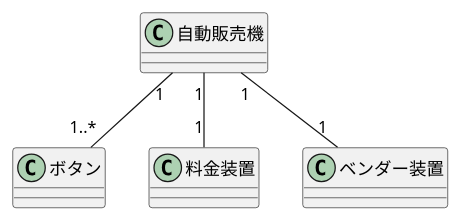
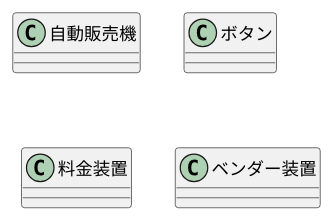
One commit to sotawfd/testuml changed the diagram in 演6-4-1_クラス図_自動販売機.pu. Above: the diagram before and after it, drawn with PlantUML.

Commit message:
更新

```diff
--- a/演6-4-1_クラス図_自動販売機.pu
+++ b/演6-4-1_クラス図_自動販売機.pu
@@ -1,17 +1,13 @@
 @startuml 演6-4-1_クラス図_自動販売機 
 class 自動販売機 {
 }
 
 class ボタン {
 }
 
 class 料金装置 {
 }
 
 class ベンダー装置 {
 }
-
-自動販売機 "1" -- "1..*" ボタン
-自動販売機 "1" -- "1" 料金装置
-自動販売機 "1" -- "1" ベンダー装置
 @enduml
```
